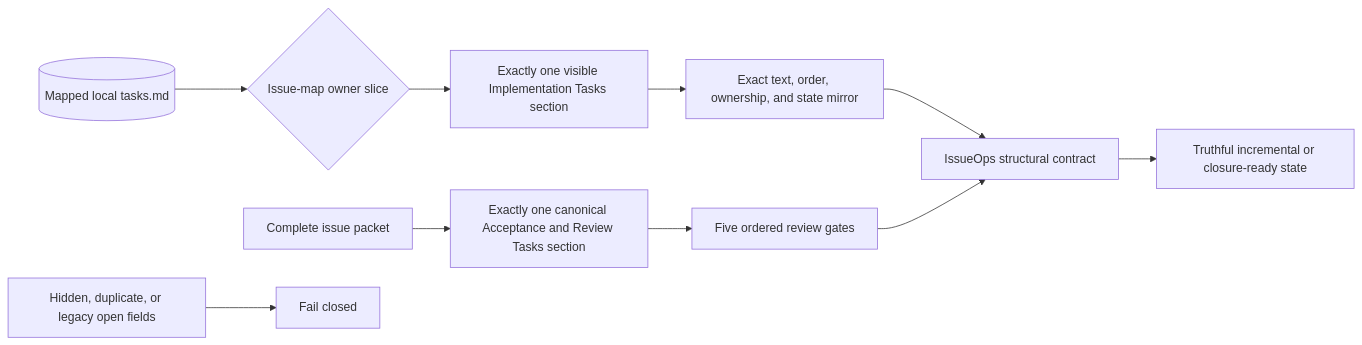
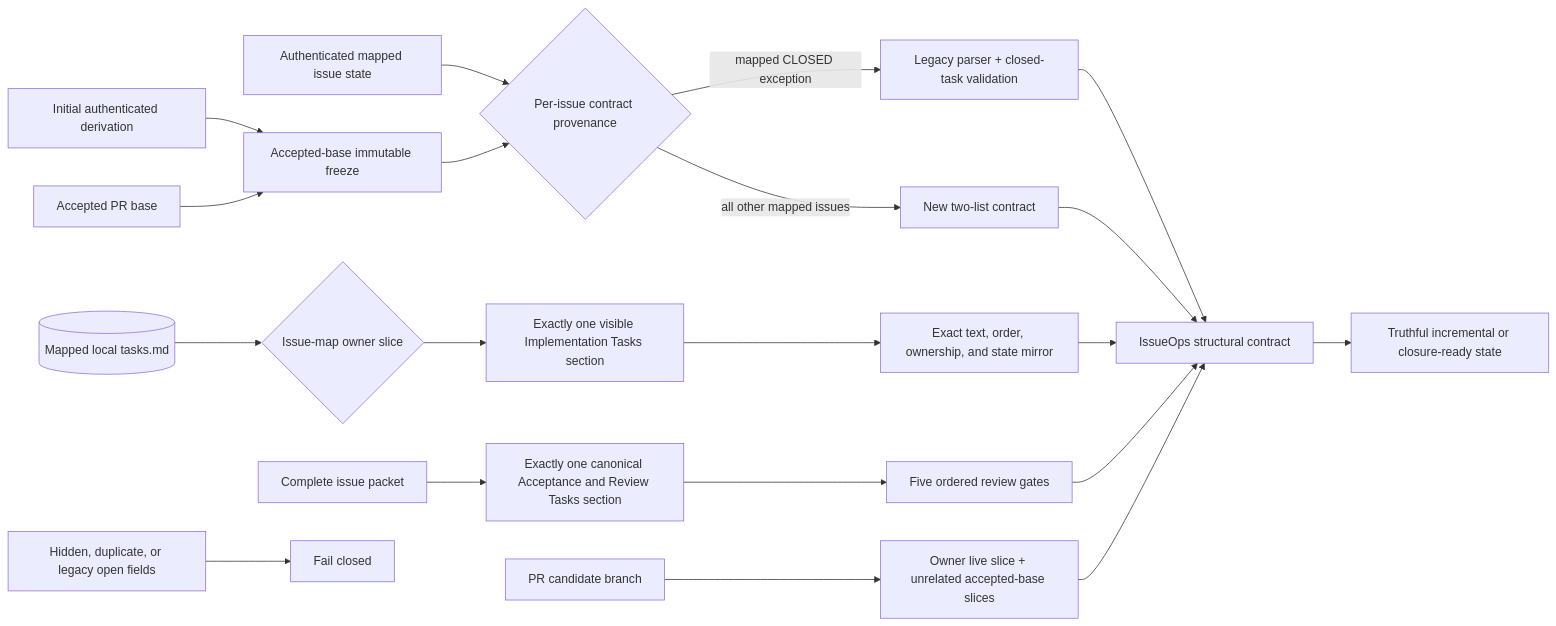
Before and after one commit to styler-ai/ProjectAtlas: the first of 27 diagrams in docs/v050-release-architecture.md, drawn with Mermaid. The commit also changed 9 other files, not shown here.

Commit message:
fix(issueops): validate legacy provenance boundary (#517)

````diff
--- a/docs/v050-release-architecture.md
+++ b/docs/v050-release-architecture.md
@@ -7,12 +7,22 @@
 ```mermaid
 flowchart LR
     LocalTasks[(Mapped local tasks.md)] --> OwnerSlice{Issue-map owner slice}
+    IssueState[Authenticated mapped issue state] --> Provenance{Per-issue contract provenance}
+    Initial[Initial authenticated derivation] --> Freeze[Accepted-base immutable freeze]
+    AcceptedBase[Accepted PR base] --> Freeze
+    Freeze --> Provenance
     OwnerSlice --> Implementation[Exactly one visible Implementation Tasks section]
     IssuePacket[Complete issue packet] --> Acceptance[Exactly one canonical Acceptance and Review Tasks section]
+    Provenance -->|mapped CLOSED exception| Legacy[Legacy parser + closed-task validation]
+    Provenance -->|all other mapped issues| New[New two-list contract]
+    Legacy --> Contract[IssueOps structural contract]
+    New --> Contract
     Implementation --> Sync[Exact text, order, ownership, and state mirror]
     Acceptance --> Gates[Five ordered review gates]
-    Sync --> Contract[IssueOps structural contract]
+    Sync --> Contract
     Gates --> Contract
+    PR[PR candidate branch] --> Branch[Owner live slice + unrelated accepted-base slices]
+    Branch --> Contract
     Hidden[Hidden, duplicate, or legacy open fields] --> Reject[Fail closed]
     Contract --> Ready[Truthful incremental or closure-ready state]
 ```
````
